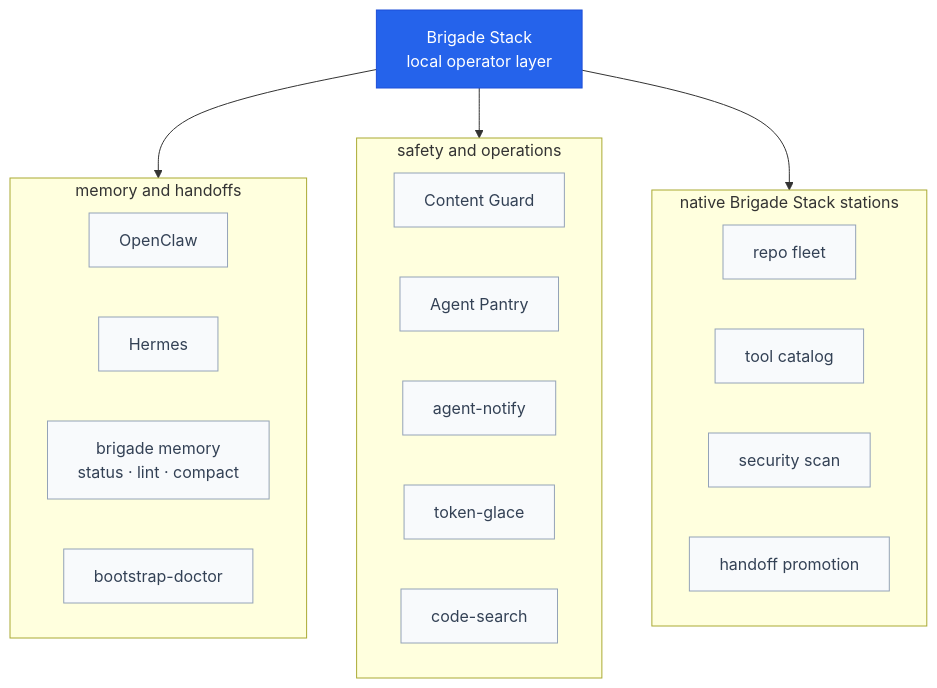
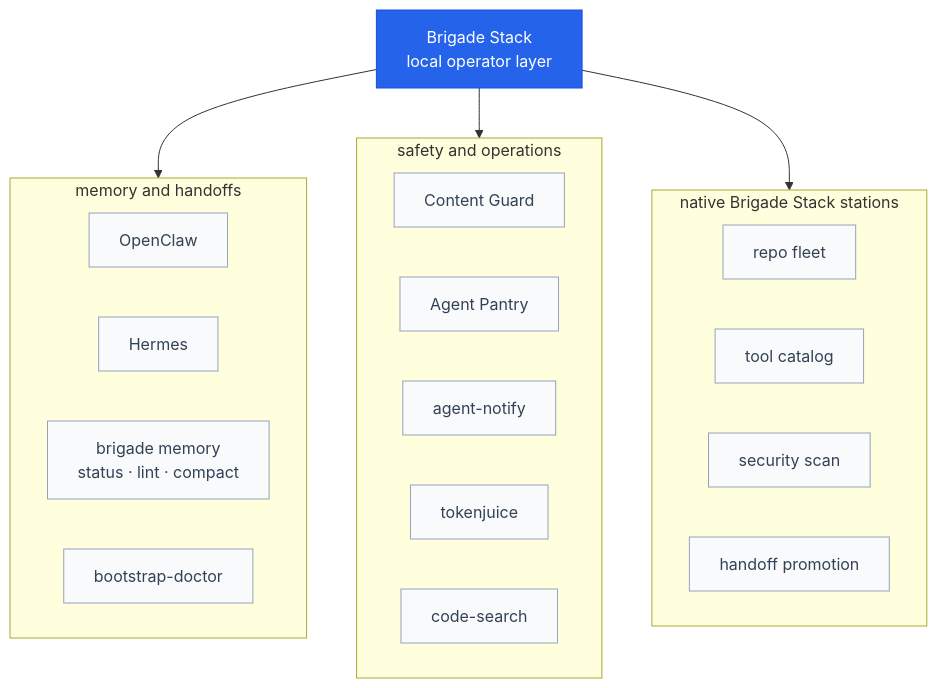
Before and after one commit to escoffier-labs/brigade: the fifth of 12 diagrams in docs/overview.md, drawn with Mermaid. The commit also changed other lines of this file and 20 other files, not shown here.

````diff
--- a/docs/overview.md
+++ b/docs/overview.md
@@ -346,35 +346,35 @@
 ```mermaid
 flowchart TB
     BRIGADE["Brigade Stack<br/>local operator layer"]
 
     subgraph MEMORY [" memory and handoffs "]
         OPENCLAW["OpenClaw"]
         HERMES["Hermes"]
         MDOCTOR["brigade memory<br/>status · lint · compact"]
         BDOCTOR["bootstrap-doctor"]
     end
 
     subgraph SAFETY [" safety and operations "]
         GUARD["Content Guard"]
         PANTRY["Agent Pantry"]
         NOTIFY["agent-notify"]
-        TOKEN["token-glace"]
+        TOKEN["tokenjuice"]
         SEARCH["code-search"]
     end
 
     subgraph NATIVE [" native Brigade Stack stations "]
         REPOS["repo fleet"]
         TOOLS["tool catalog"]
         SECURITY["security scan"]
         HANDOFFS["handoff promotion"]
     end
 
     BRIGADE --> MEMORY
     BRIGADE --> SAFETY
     BRIGADE --> NATIVE
 
     classDef core fill:#2563eb,stroke:#1d4ed8,color:#fff;
     classDef group fill:#f8fafc,stroke:#94a3b8,color:#334155;
     class BRIGADE core;
     class OPENCLAW,HERMES,MDOCTOR,BDOCTOR,GUARD,PANTRY,NOTIFY,TOKEN,SEARCH,REPOS,TOOLS,SECURITY,HANDOFFS group;
 ```
````
